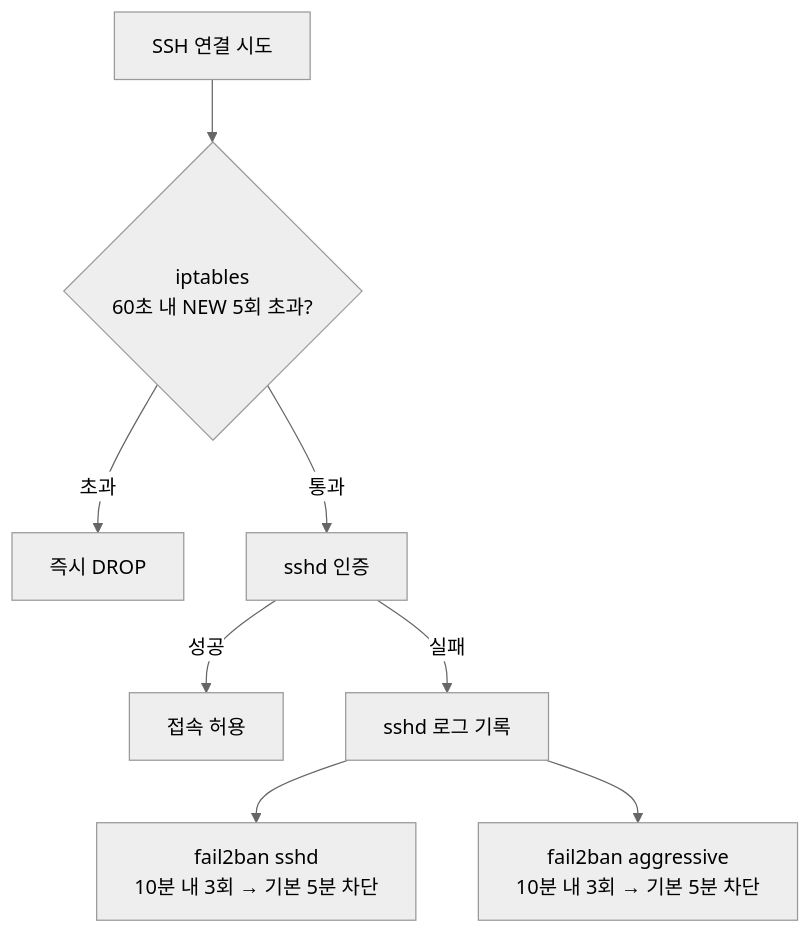
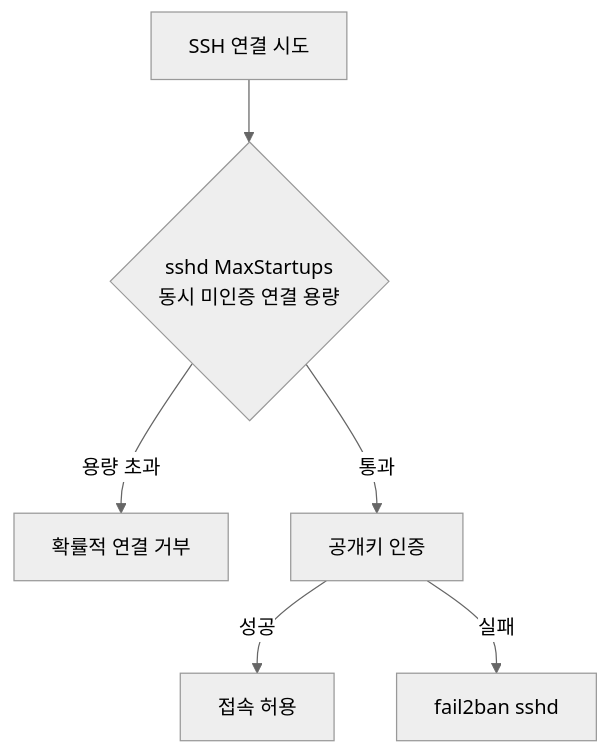
One commit to SBEE-Lab/infra changed the second of 3 diagrams in docs/admin/security.md. Above: the diagram before and after it, drawn with Mermaid (neutral theme). The commit also changed other lines of this file and 16 other files, not shown here.

````diff
--- a/docs/admin/security.md
+++ b/docs/admin/security.md
@@ -38,10 +38,8 @@
 ```mermaid
 flowchart TD
-  conn["SSH 연결 시도"] --> ipt{"iptables<br/>60초 내 NEW 5회 초과?"}
-  ipt -- "초과" --> drop["즉시 DROP"]
-  ipt -- "통과" --> sshd["sshd 인증"]
+  conn["SSH 연결 시도"] --> startup{"sshd MaxStartups<br/>동시 미인증 연결 용량"}
+  startup -- "용량 초과" --> shed["확률적 연결 거부"]
+  startup -- "통과" --> sshd["공개키 인증"]
   sshd -- "성공" --> ok["접속 허용"]
-  sshd -- "실패" --> log["sshd 로그 기록"]
-  log --> f1["fail2ban sshd<br/>10분 내 3회 → 기본 5분 차단"]
-  log --> f2["fail2ban aggressive<br/>10분 내 3회 → 기본 5분 차단"]
+  sshd -- "실패" --> f2b["fail2ban sshd"]
 ```
````
